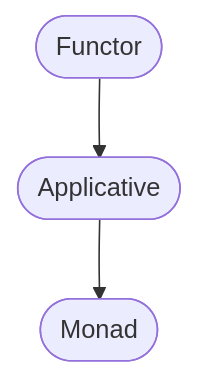
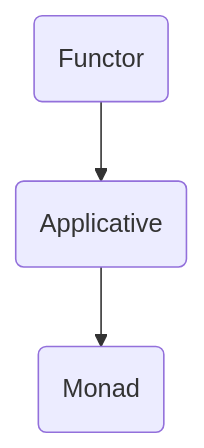
Before and after one commit to wolfangy/haskell: the second of 2 diagrams in haskell-in-depth/ch02/ch2.md, drawn with Mermaid.

````diff
--- a/haskell-in-depth/ch02/ch2.md
+++ b/haskell-in-depth/ch02/ch2.md
@@ -709,5 +709,5 @@
 ```mermaid
 graph TD;
-    F([Functor]) --> A([Applicative])
-    A --> M([Monad])
+    F(Functor) --> A(Applicative)
+    A --> M(Monad)
 ```
````
